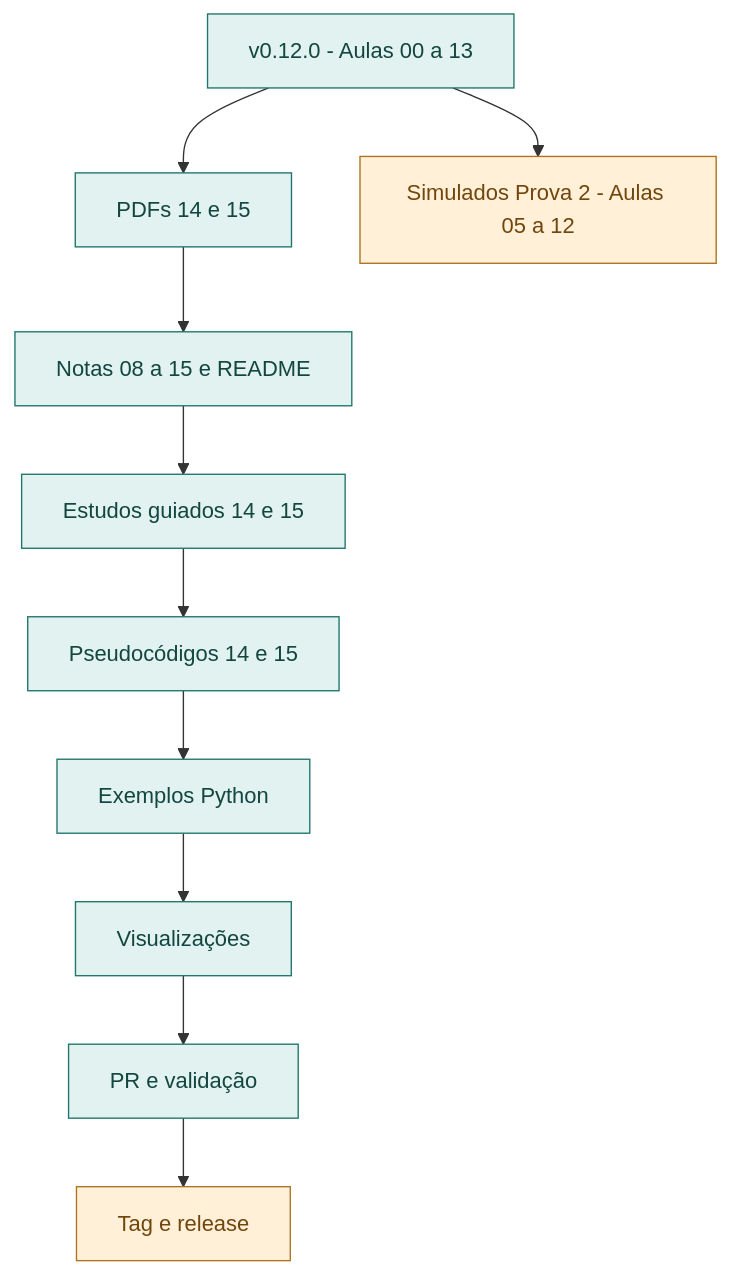
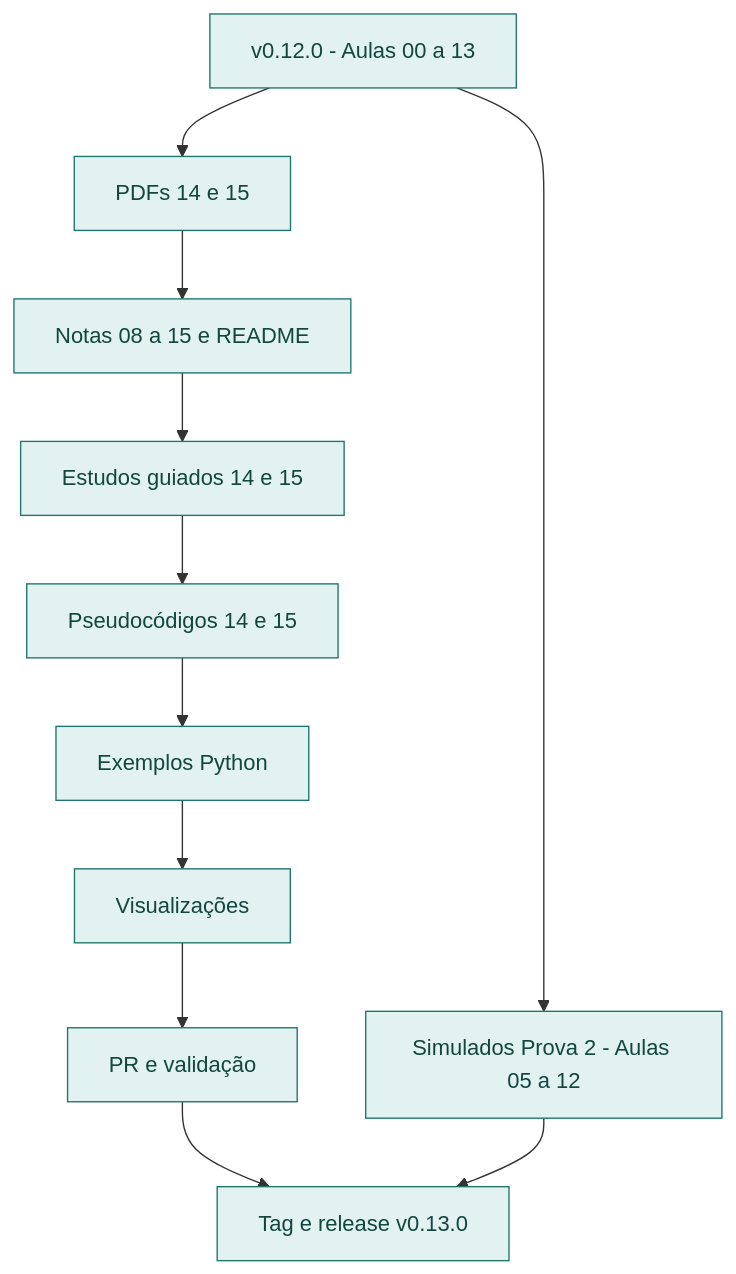
One commit to tiagofga/EC-IA changed the diagram in docs/roadmap.md. Above: the diagram before and after it, drawn with Mermaid. The commit also changed other lines of this file and 3 other files, not shown here.

````diff
--- a/docs/roadmap.md
+++ b/docs/roadmap.md
@@ -52,16 +53,16 @@
 ```mermaid
 flowchart TD
   A["v0.12.0 - Aulas 00 a 13"] --> B["PDFs 14 e 15"]
   B --> C["Notas 08 a 15 e README"]
   C --> D["Estudos guiados 14 e 15"]
   D --> E["Pseudocódigos 14 e 15"]
   E --> F["Exemplos Python"]
   F --> G["Visualizações"]
   G --> H["PR e validação"]
-  H --> I["Tag e release"]
+  H --> I["Tag e release v0.13.0"]
   A --> J["Simulados Prova 2 - Aulas 05 a 12"]
+  J --> I
   classDef done fill:#e1f2f0,stroke:#20766c,color:#12463f;
   classDef pending fill:#fff0d7,stroke:#ad7321,color:#71460c;
-  class A,B,C,D,E,F,G,H done;
-  class I,J pending;
+  class A,B,C,D,E,F,G,H,I,J done;
 ```
````
